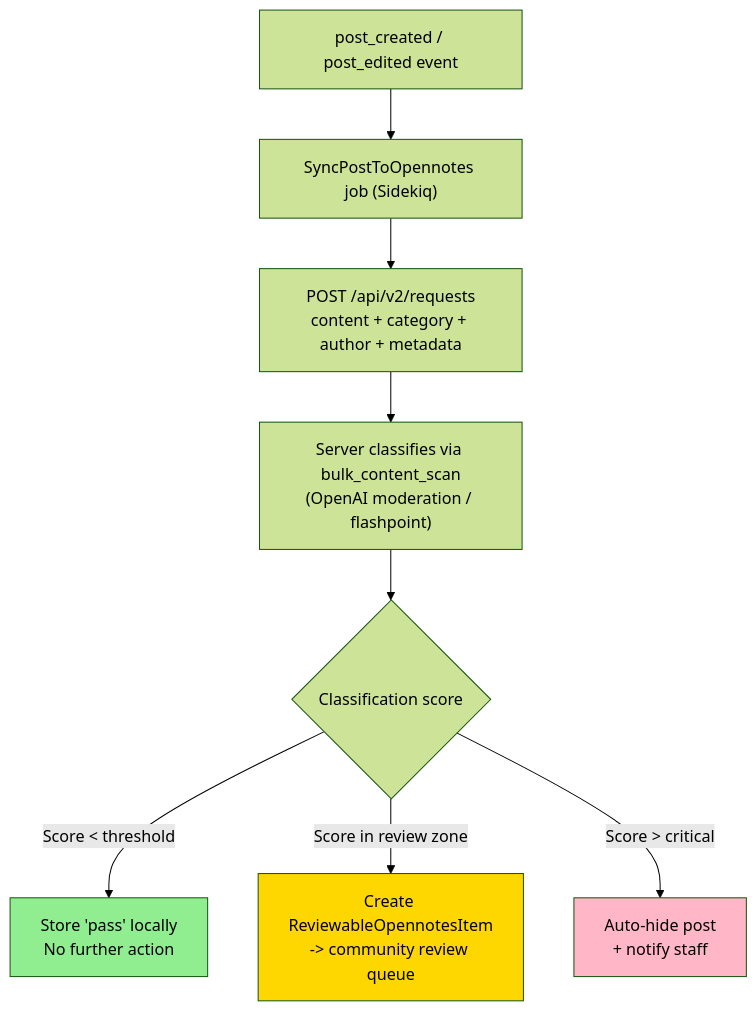
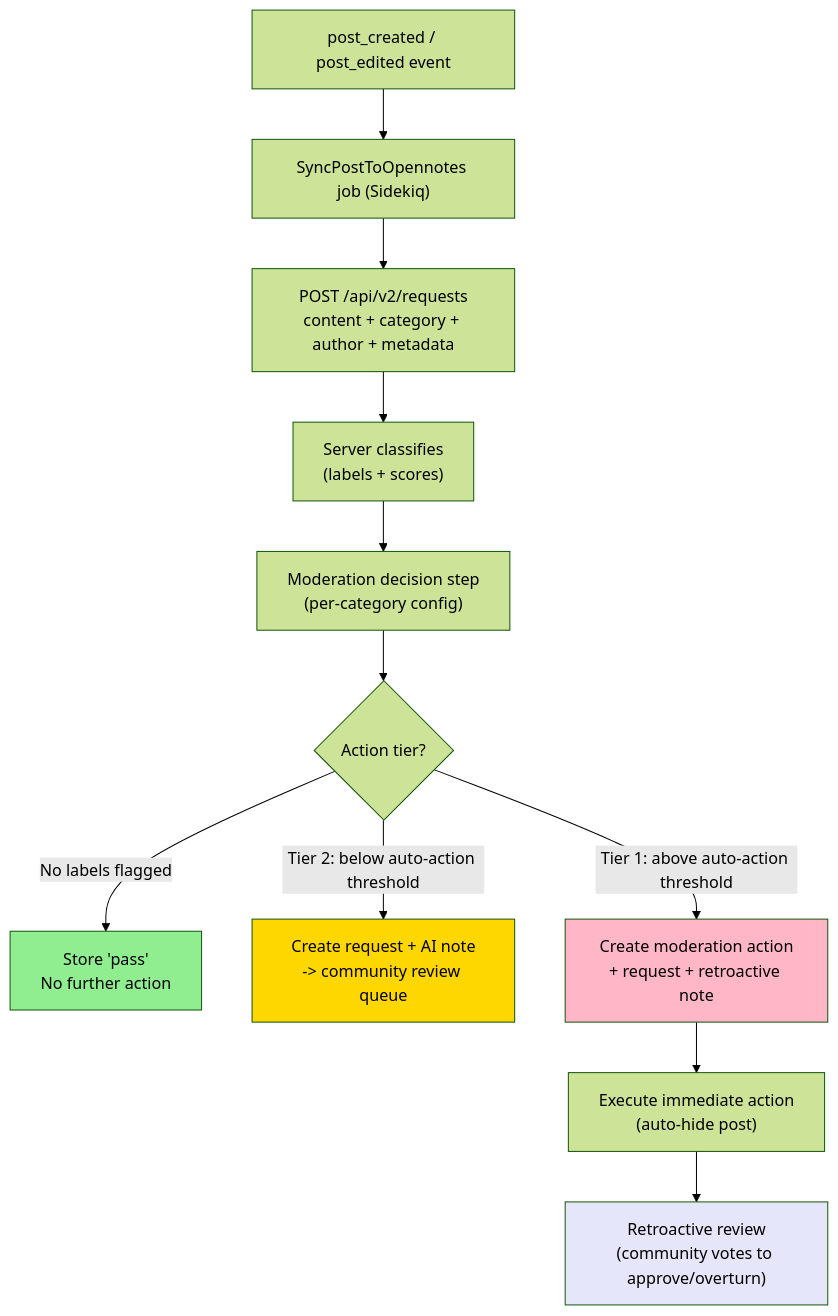
The second of 8 diagrams in opennotes-discourse/docs/MVP-SPEC.md (opennotes-ai/opennotes), drawn with Mermaid (forest theme) before and after one commit. The commit also changed other lines of this file, not shown here.

First line of the commit message:
docs(discourse): add two-tier action model and retroactive review to MVP spec

````diff
--- a/opennotes-discourse/docs/MVP-SPEC.md
+++ b/opennotes-discourse/docs/MVP-SPEC.md
@@ -142,14 +148,18 @@
 ```mermaid
 flowchart TD
     A["post_created / post_edited event"] --> B["SyncPostToOpennotes job (Sidekiq)"]
     B --> C["POST /api/v2/requests<br/>content + category + author + metadata"]
-    C --> D["Server classifies via bulk_content_scan<br/>(OpenAI moderation / flashpoint)"]
-    D --> E{"Classification score"}
-    E -->|"Score < threshold"| F["Store 'pass' locally<br/>No further action"]
-    E -->|"Score in review zone"| G["Create ReviewableOpennotesItem<br/>-> community review queue"]
-    E -->|"Score > critical"| H["Auto-hide post<br/>+ notify staff"]
+    C --> D["Server classifies<br/>(labels + scores)"]
+    D --> E["Moderation decision step<br/>(per-category config)"]
+    E --> F{"Action tier?"}
+    F -->|"No labels flagged"| G["Store 'pass'<br/>No further action"]
+    F -->|"Tier 2: below auto-action threshold"| H["Create request + AI note<br/>-> community review queue"]
+    F -->|"Tier 1: above auto-action threshold"| I["Create moderation action<br/>+ request + retroactive note"]
+    I --> J["Execute immediate action<br/>(auto-hide post)"]
+    J --> K["Retroactive review<br/>(community votes to approve/overturn)"]
 
-    style F fill:#90EE90
-    style G fill:#FFD700
-    style H fill:#FFB6C6
+    style G fill:#90EE90
+    style H fill:#FFD700
+    style I fill:#FFB6C6
+    style K fill:#E6E6FA
 ```
````
